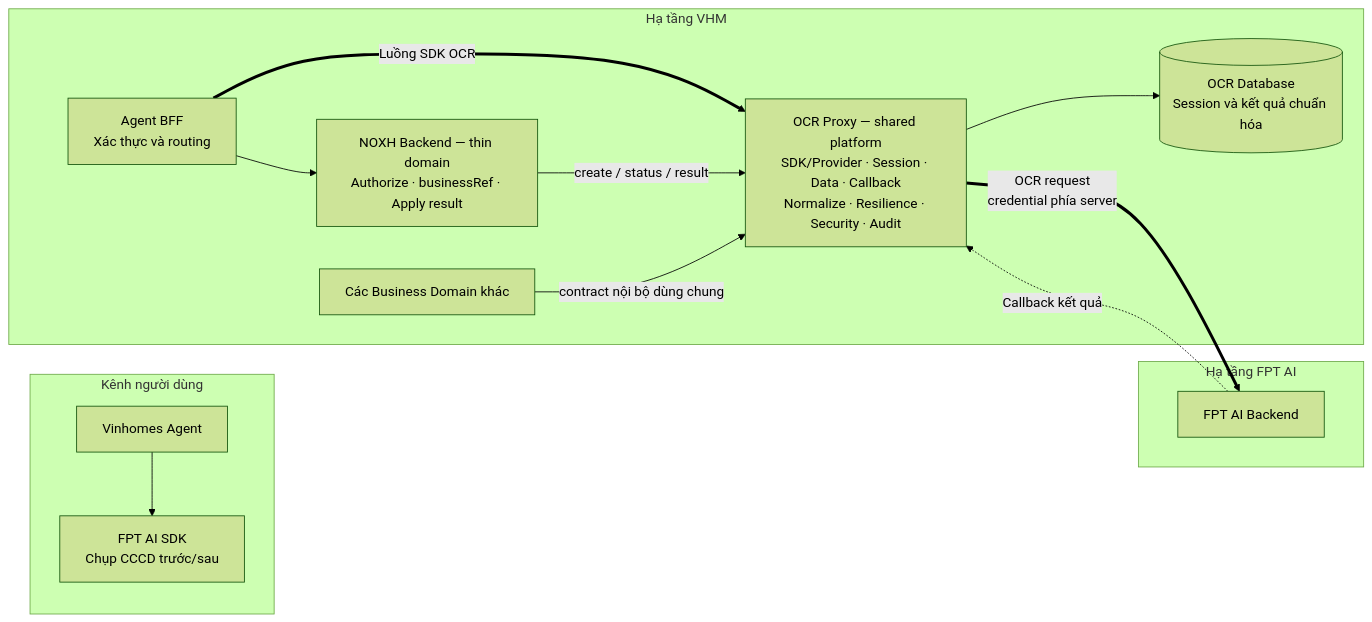
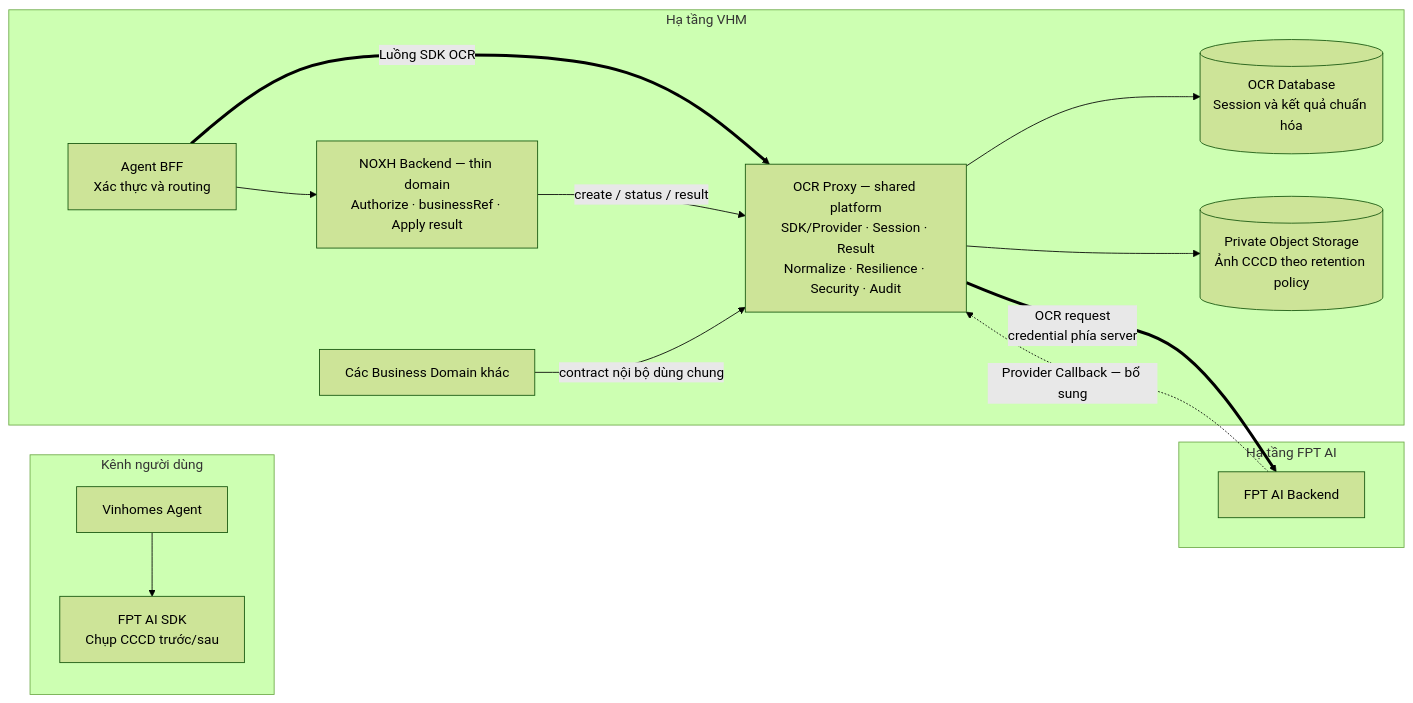
Before and after one commit to huynv-xyz/vhm: the first of 9 diagrams in noxh.md, drawn with Mermaid (forest theme). The commit also changed other lines of this file, not shown here.

````diff
--- a/noxh.md
+++ b/noxh.md
@@ -121,30 +121,32 @@
 ```mermaid
 flowchart LR
     subgraph CLIENT["Kênh người dùng"]
         AGENT["Vinhomes Agent"]
         SDK["FPT AI SDK<br/>Chụp CCCD trước/sau"]
         AGENT --> SDK
     end
 
     subgraph VHM["Hạ tầng VHM"]
         BFF["Agent BFF<br/>Xác thực và routing"]
         NOXH["NOXH Backend — thin domain<br/>Authorize · businessRef · Apply result"]
         DOMAINS["Các Business Domain khác"]
-        PROXY["OCR Proxy — shared platform<br/>SDK/Provider · Session · Data · Callback<br/>Normalize · Resilience · Security · Audit"]
+        PROXY["OCR Proxy — shared platform<br/>SDK/Provider · Session · Result<br/>Normalize · Resilience · Security · Audit"]
         DB[("OCR Database<br/>Session và kết quả chuẩn hóa")]
+        MEDIA[("Private Object Storage<br/>Ảnh CCCD theo retention policy")]
 
         BFF --> NOXH
         BFF ==>|"Luồng SDK OCR"| PROXY
         NOXH -->|"create / status / result"| PROXY
         DOMAINS -->|"contract nội bộ dùng chung"| PROXY
         PROXY --> DB
+        PROXY --> MEDIA
     end
 
     subgraph FPT["Hạ tầng FPT AI"]
         PROVIDER["FPT AI Backend"]
     end
 
     PROXY ==>|"OCR request<br/>credential phía server"| PROVIDER
-    PROVIDER -.->|"Callback kết quả"| PROXY
+    PROVIDER -.->|"Provider Callback — bổ sung"| PROXY
 
 ```
````
